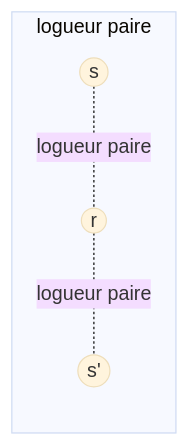
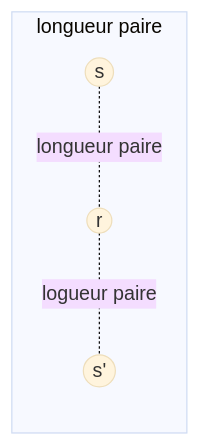
Before and after one commit to Prog-up/Cours-Info: diagram 24 of 25 in Chap_10.md, drawn with Mermaid (base theme). The commit also changed other lines of this file, not shown here.

````diff
--- a/Chap_10.md
+++ b/Chap_10.md
@@ -1009,6 +1005,6 @@
-  ```mermaid
-  flowchart LR
-    subgraph logueur paire
-      id1((s)) -.-|logueur paire| id2((r)) -.-|logueur paire| id3((s'))
-    end
-  ```
+ ```mermaid
+ flowchart LR
+   subgraph longueur paire
+    id1((s)) -.-|longueur paire| id2((r)) -.-|logueur paire| id3((s'))
+   end
+ ```
````
